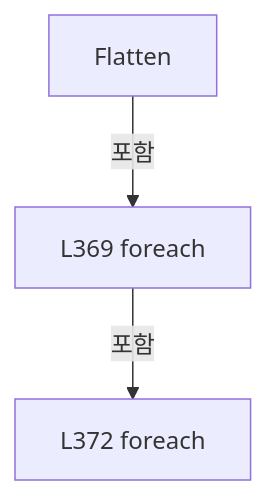
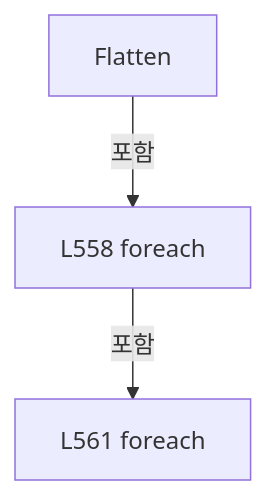
Before and after one commit to kjuws10-rgb/Shared: diagram 11 of 14 in A3 LD Code Ref/files/Drilling.UI/Menu/Menus/CMenuCorrection.ReviewData.cs.md, drawn with Mermaid. The commit also changed other lines of this file and 2071 other files, not shown here.

Commit message:
docs(a3): update 11.19.0 architecture and code reference

````diff
--- a/A3 LD Code Ref/files/Drilling.UI/Menu/Menus/CMenuCorrection.ReviewData.cs.md
+++ b/A3 LD Code Ref/files/Drilling.UI/Menu/Menus/CMenuCorrection.ReviewData.cs.md
@@ -2014,8 +2670,8 @@
 ```mermaid
 flowchart TD
  M["Flatten"]
- N0["L369 foreach"]
+ N0["L558 foreach"]
  M -->|포함| N0
- N1["L372 foreach"]
+ N1["L561 foreach"]
  N0 -->|포함| N1
 ```
````
